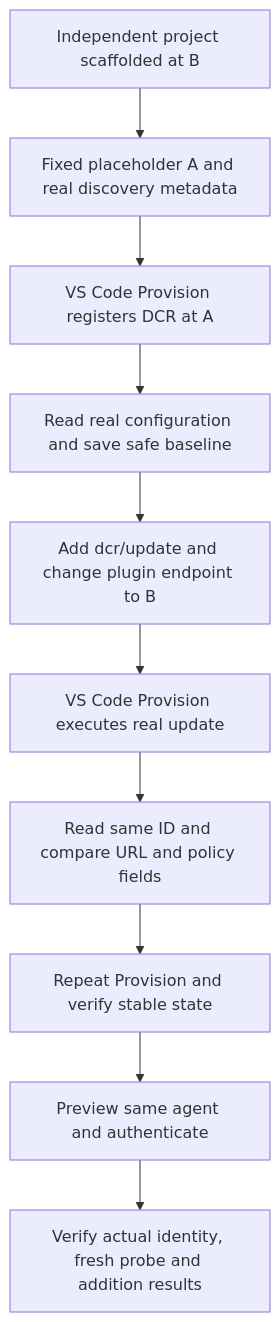
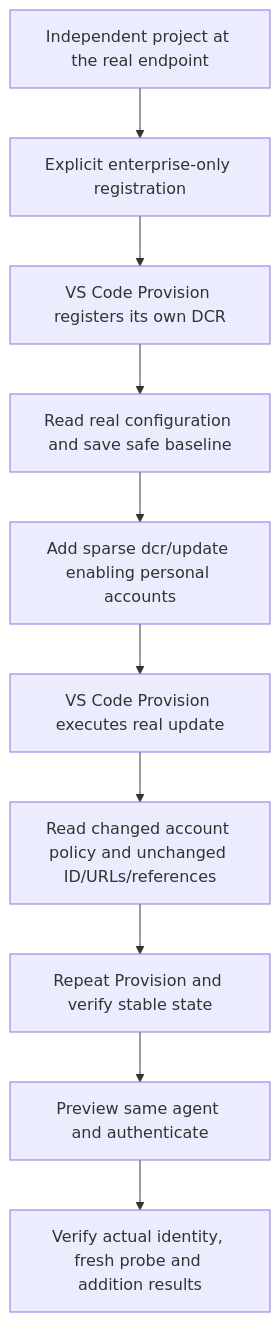
Before and after one commit to OfficeDev/microsoft-365-agents-toolkit: the diagram in docs/03-specs/scenarios/da/dcr-update-ui.md, drawn with Mermaid. The commit also changed other lines of this file and 8 other files, not shown here.

First line of the commit message:
test(mcp): exercise supported DCR policy updates [skip ci]

````diff
--- a/docs/03-specs/scenarios/da/dcr-update-ui.md
+++ b/docs/03-specs/scenarios/da/dcr-update-ui.md
@@ -23,12 +21,12 @@
 ```mermaid
 flowchart TD
-  Start[Independent project scaffolded at B] --> Prepare[Fixed placeholder A and real discovery metadata]
-  Prepare --> Register[VS Code Provision registers DCR at A]
+  Start[Independent project at the real endpoint] --> Prepare[Explicit enterprise-only registration]
+  Prepare --> Register[VS Code Provision registers its own DCR]
   Register --> Baseline[Read real configuration and save safe baseline]
-  Baseline --> Edit[Add dcr/update and change plugin endpoint to B]
+  Baseline --> Edit[Add sparse dcr/update enabling personal accounts]
   Edit --> Update[VS Code Provision executes real update]
-  Update --> Readback[Read same ID and compare URL and policy fields]
+  Update --> Readback[Read changed account policy and unchanged ID/URLs/references]
   Readback --> Repeat[Repeat Provision and verify stable state]
   Repeat --> Copilot[Preview same agent and authenticate]
   Copilot --> Tools[Verify actual identity, fresh probe and addition results]
 ```
````
